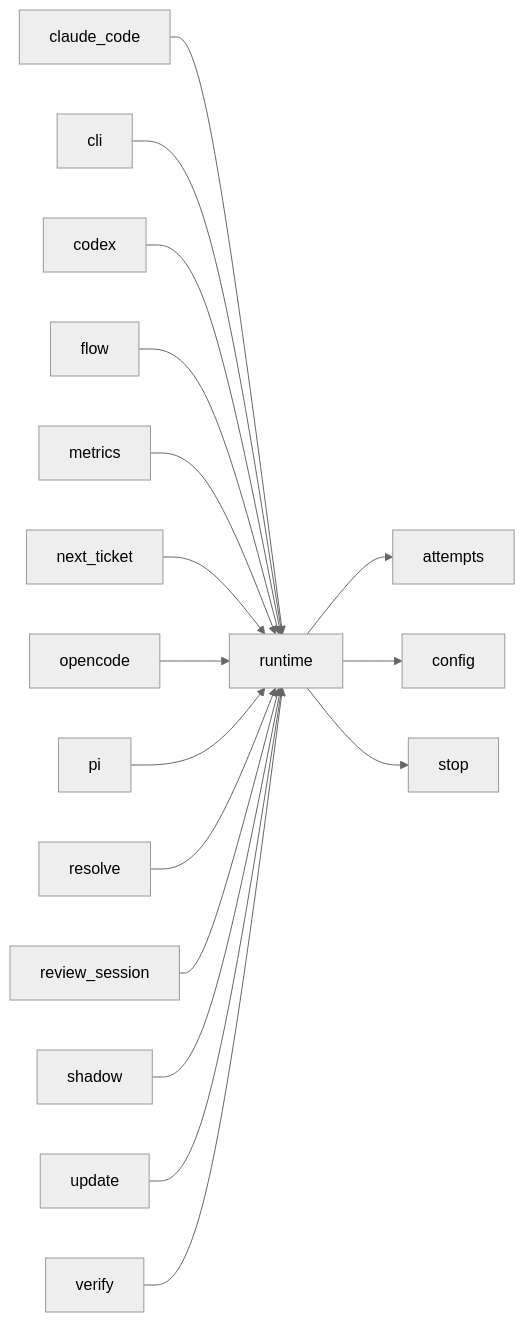
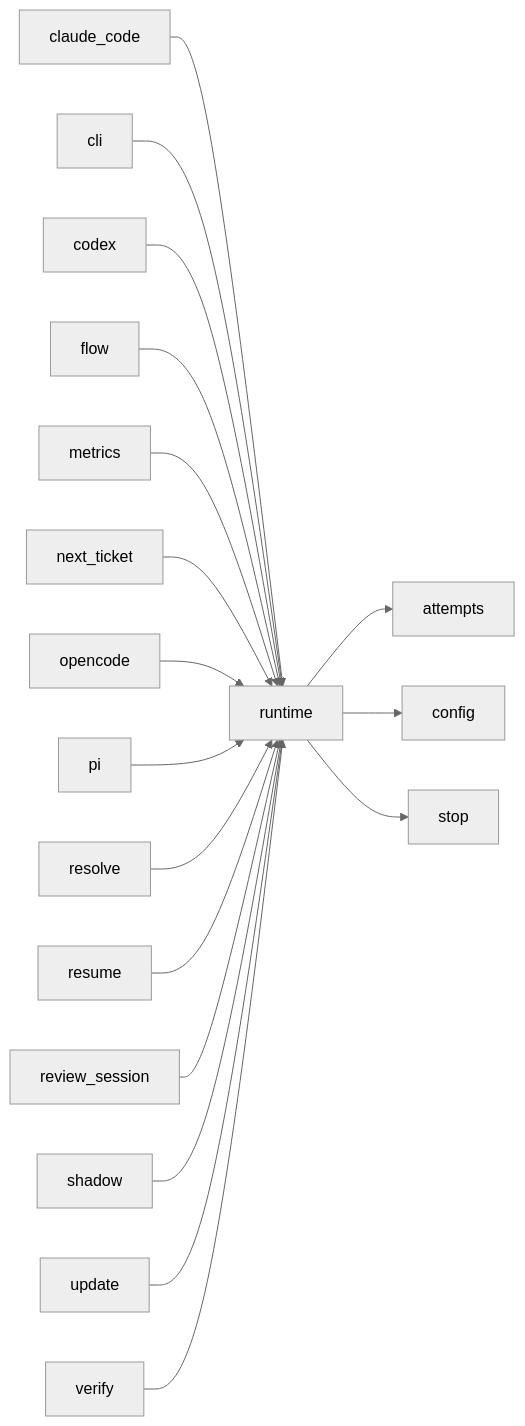
The third of 3 diagrams in docs/architecture/modules/runtime.md (plaplanche/ariane), drawn with Mermaid (neutral theme) before and after one commit. The commit also changed other lines of this file and 43 other files, not shown here.

Commit message:
#211: Resume a ticket stopped by its budget, turn or time limit, or by a runtime quota, from its saved work (C5, C23)

````diff
--- a/docs/architecture/modules/runtime.md
+++ b/docs/architecture/modules/runtime.md
@@ -85,19 +86,20 @@
 ```mermaid
 flowchart LR
   claude_code --> runtime
   cli --> runtime
   codex --> runtime
   flow --> runtime
   metrics --> runtime
   next_ticket --> runtime
   opencode --> runtime
   pi --> runtime
   resolve --> runtime
+  resume --> runtime
   review_session --> runtime
   runtime --> attempts
   runtime --> config
   runtime --> stop
   shadow --> runtime
   update --> runtime
   verify --> runtime
 ```
````
